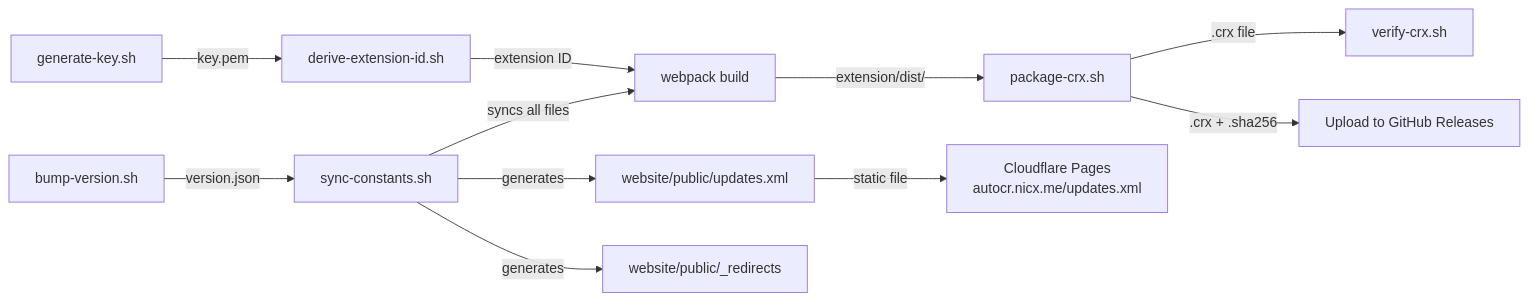
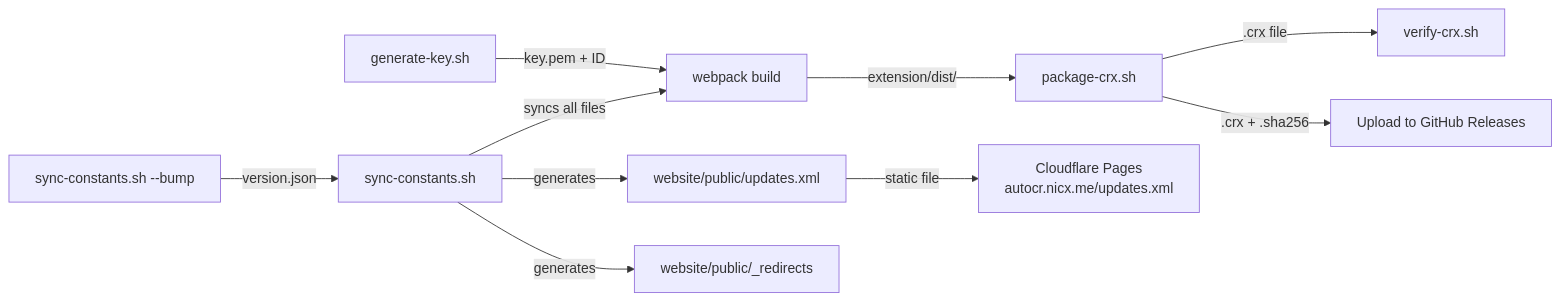
One commit to NICxKMS/auto-coursera changed the diagram in scripts/README.md. Above: the diagram before and after it, drawn with Mermaid. The commit also changed other lines of this file and 252 other files, not shown here.

First line of the commit message:
feat: v2.0.0 — NumericQuestion support, website redesign, extension architecture overhaul

````diff
--- a/scripts/README.md
+++ b/scripts/README.md
@@ -202,13 +124,12 @@
 ```mermaid
 flowchart LR
-    V["bump-version.sh"] -->|version.json| S["sync-constants.sh"]
+    V["sync-constants.sh --bump"] -->|version.json| S["sync-constants.sh"]
     S -->|syncs all files| C["webpack build"]
     S -->|generates| U["website/public/updates.xml"]
     S -->|generates| R["website/public/_redirects"]
-    A["generate-key.sh"] -->|key.pem| B["derive-extension-id.sh"]
-    B -->|extension ID| C
+    A["generate-key.sh"] -->|key.pem + ID| C
     C -->|extension/dist/| D["package-crx.sh"]
     D -->|.crx file| E["verify-crx.sh"]
     D -->|.crx + .sha256| G["Upload to GitHub Releases"]
     U -->|static file| P["Cloudflare Pages\nautocr.nicx.me/updates.xml"]
 ```
````
